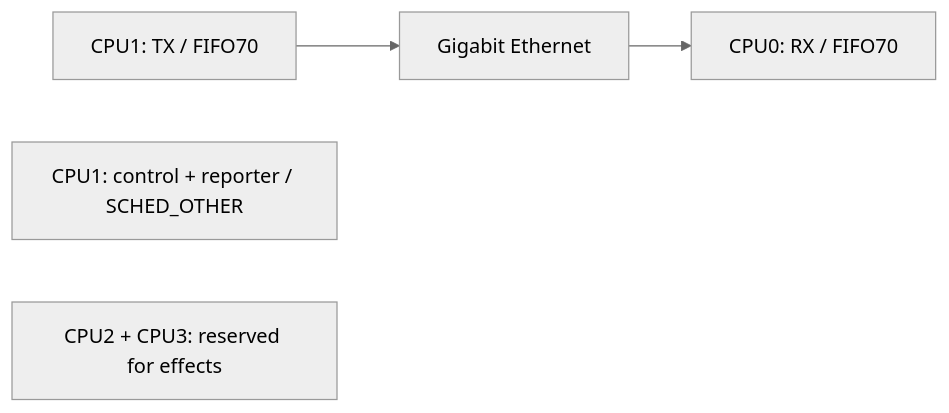
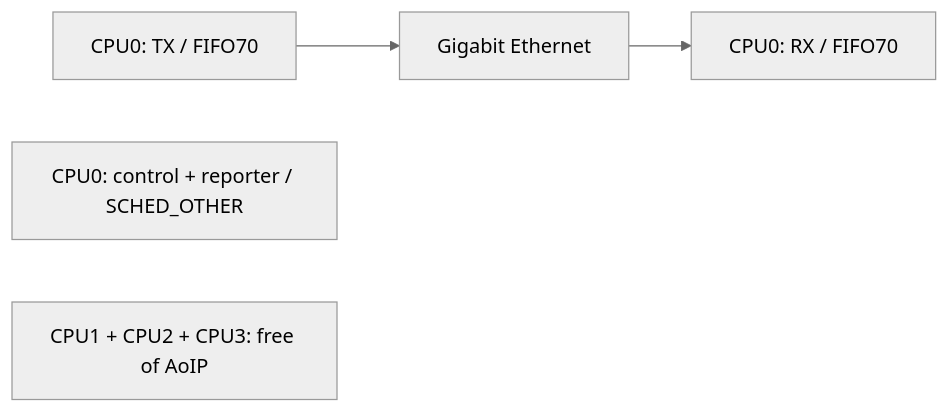
One commit to danrey-bilo/Pi5-AoIP changed the diagram in README.md. Above: the diagram before and after it, drawn with Mermaid (neutral theme). The commit also changed other lines of this file and 11 other files, not shown here.

````diff
--- a/README.md
+++ b/README.md
@@ -29,7 +29,7 @@
 ```mermaid
 flowchart LR
   ETH[Gigabit Ethernet] --> RX[CPU0: RX / FIFO70]
-  TX[CPU1: TX / FIFO70] --> ETH
-  CTRL[CPU1: control + reporter / SCHED_OTHER]
-  FX[CPU2 + CPU3: reserved for effects]
+  TX[CPU0: TX / FIFO70] --> ETH
+  CTRL[CPU0: control + reporter / SCHED_OTHER]
+  FX[CPU1 + CPU2 + CPU3: free of AoIP]
 ```
````
